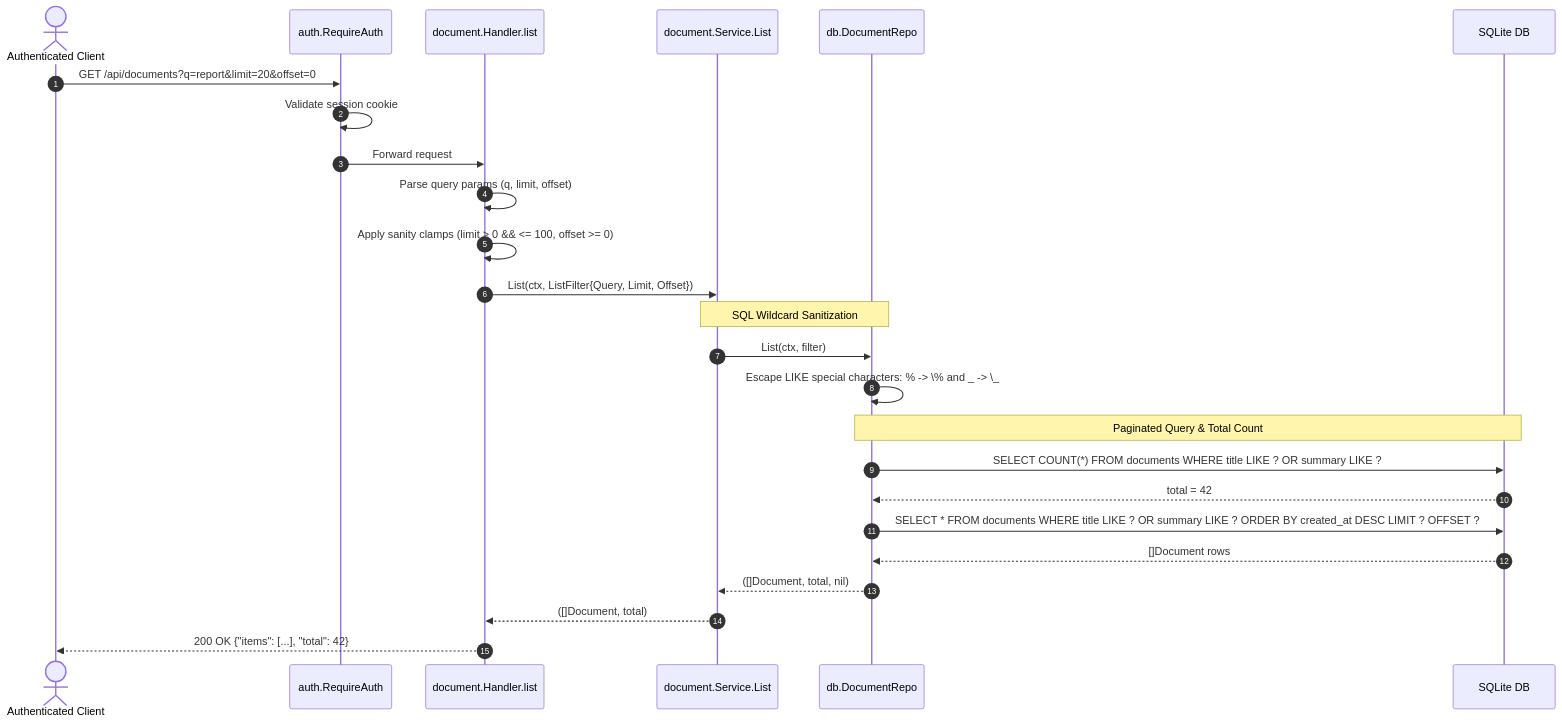
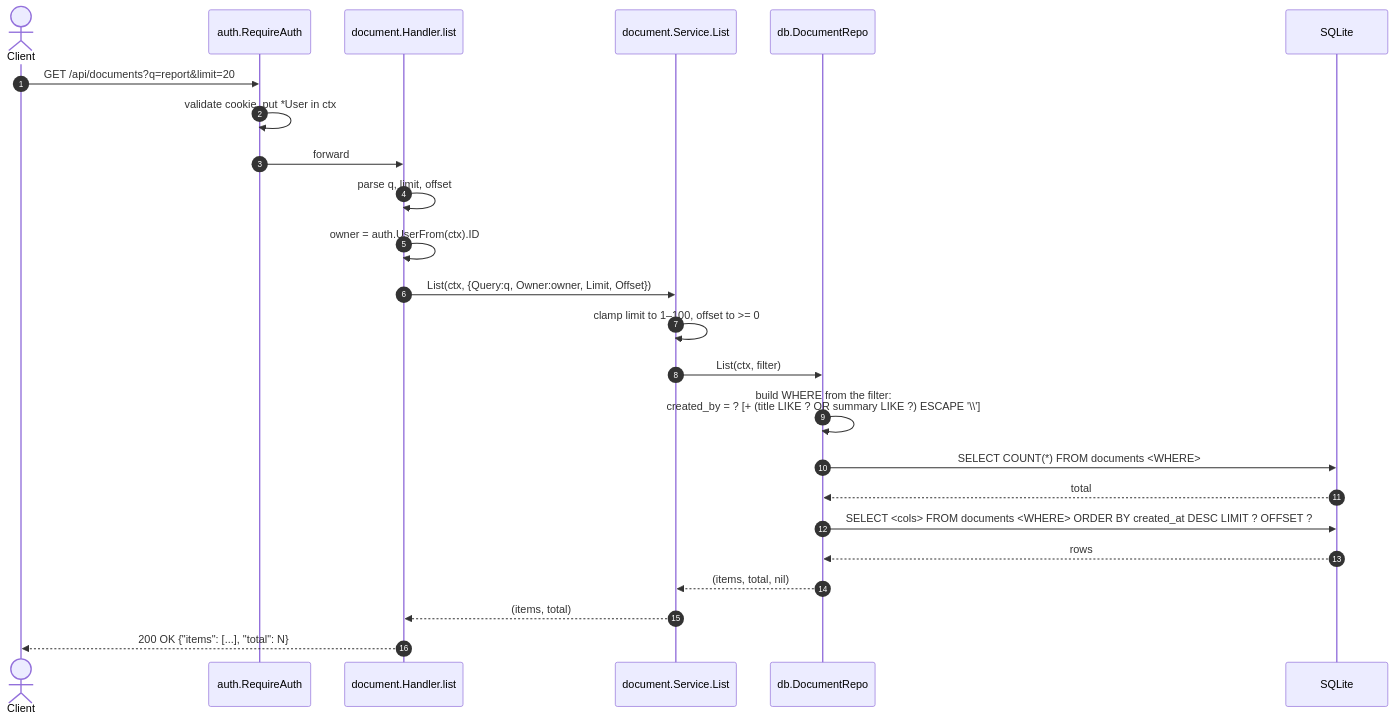
The diagram in resources/flow/document_list.md (nhhthong/godocs), drawn with Mermaid before and after one commit. The commit also changed other lines of this file and 28 other files, not shown here.

````diff
--- a/resources/flow/document_list.md
+++ b/resources/flow/document_list.md
@@ -51,33 +53,29 @@
 ```mermaid
 sequenceDiagram
     autonumber
-    actor Client as Authenticated Client
-    participant Auth as auth.RequireAuth
-    participant Handler as document.Handler.list
-    participant Svc as document.Service.List
-    participant Repo as db.DocumentRepo
-    participant DB as SQLite DB
+    actor Client
+    participant MW as auth.RequireAuth
+    participant H as document.Handler.list
+    participant S as document.Service.List
+    participant R as db.DocumentRepo
+    participant DB as SQLite
 
-    Client->>Auth: GET /api/documents?q=report&limit=20&offset=0
-    Auth->>Auth: Validate session cookie
-    Auth->>Handler: Forward request
+    Client->>MW: GET /api/documents?q=report&limit=20
+    MW->>MW: validate cookie, put *User in ctx
+    MW->>H: forward
 
-    Handler->>Handler: Parse query params (q, limit, offset)
-    Handler->>Handler: Apply sanity clamps (limit > 0 && <= 100, offset >= 0)
-    Handler->>Svc: List(ctx, ListFilter{Query, Limit, Offset})
+    H->>H: parse q, limit, offset
+    H->>H: owner = auth.UserFrom(ctx).ID
+    H->>S: List(ctx, {Query:q, Owner:owner, Limit, Offset})
+    S->>S: clamp limit to 1–100, offset to >= 0
+    S->>R: List(ctx, filter)
 
-    Note over Svc,Repo: SQL Wildcard Sanitization
-    Svc->>Repo: List(ctx, filter)
-    Repo->>Repo: Escape LIKE special characters: % -> \% and _ -> \_
-    
-    Note over Repo,DB: Paginated Query & Total Count
-    Repo->>DB: SELECT COUNT(*) FROM documents WHERE title LIKE ? OR summary LIKE ?
-    DB-->>Repo: total = 42
-    
-    Repo->>DB: SELECT * FROM documents WHERE title LIKE ? OR summary LIKE ? ORDER BY created_at DESC LIMIT ? OFFSET ?
-    DB-->>Repo: []Document rows
-    
-    Repo-->>Svc: ([]Document, total, nil)
-    Svc-->>Handler: ([]Document, total)
-    Handler-->>Client: 200 OK {"items": [...], "total": 42}
+    R->>R: build WHERE from the filter:<br/>created_by = ?  [+ (title LIKE ? OR summary LIKE ?) ESCAPE '\\']
+    R->>DB: SELECT COUNT(*) FROM documents <WHERE>
+    DB-->>R: total
+    R->>DB: SELECT <cols> FROM documents <WHERE> ORDER BY created_at DESC LIMIT ? OFFSET ?
+    DB-->>R: rows
+    R-->>S: (items, total, nil)
+    S-->>H: (items, total)
+    H-->>Client: 200 OK {"items": [...], "total": N}
 ```
````
